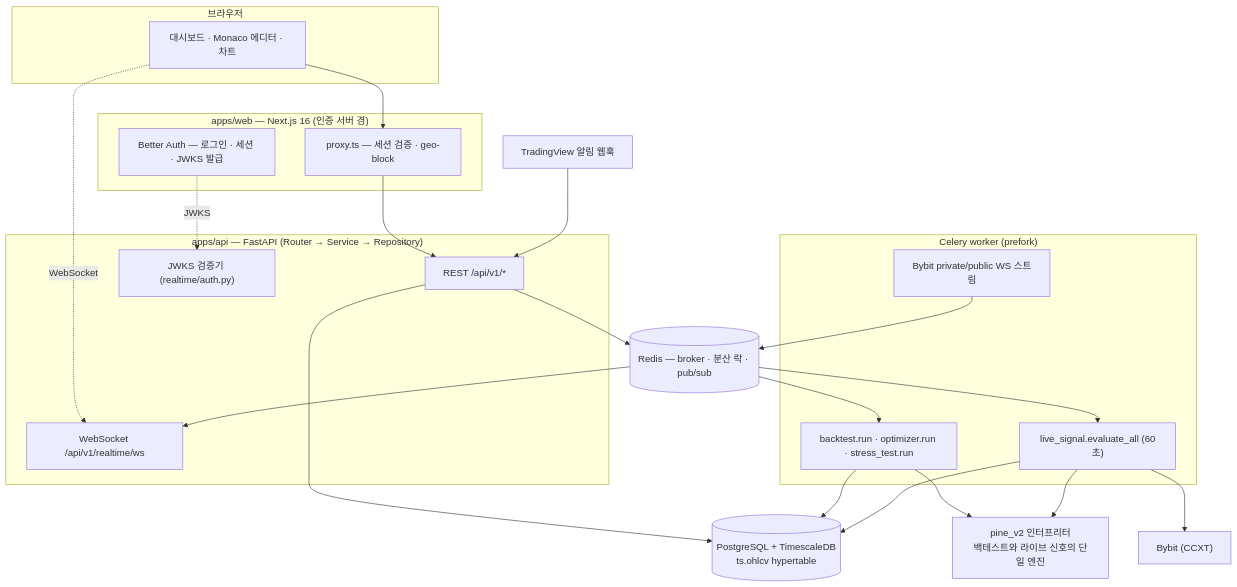
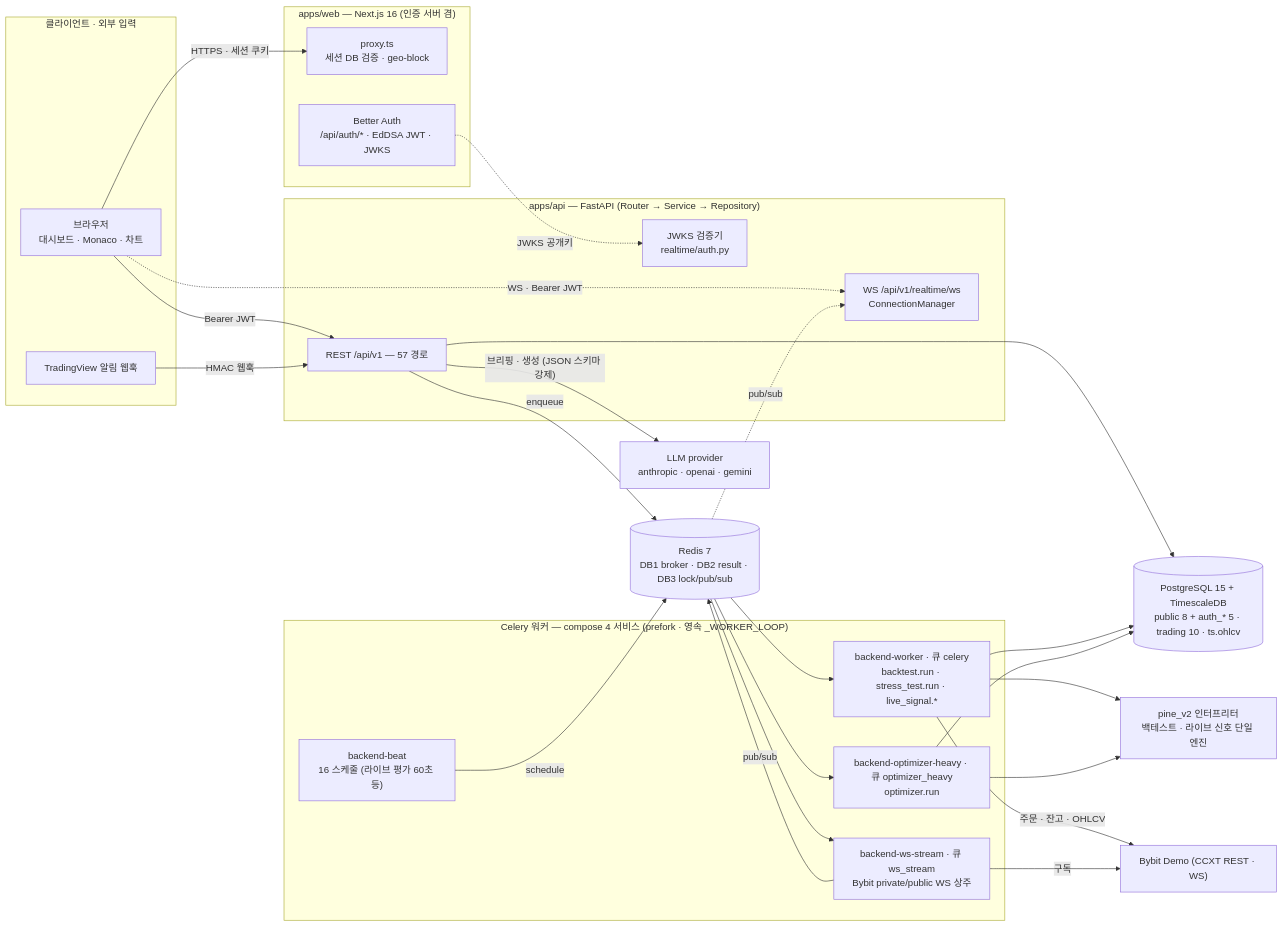
Before and after one commit to woosung-dev/quantbridge: the first of 2 diagrams in README.md, drawn with Mermaid. The commit also changed other lines of this file and 10 other files, not shown here.

First line of the commit message:
docs(architecture): re-survey runtime, data model, and repo structure from main

````diff
--- a/README.md
+++ b/README.md
@@ -80,46 +87,53 @@
 ```mermaid
-flowchart TB
-    subgraph Browser["브라우저"]
-        UI["대시보드 · Monaco 에디터 · 차트"]
+flowchart LR
+    subgraph Client["클라이언트 · 외부 입력"]
+        UI["브라우저<br/>대시보드 · Monaco · 차트"]
+        TV["TradingView 알림 웹훅"]
     end
 
     subgraph Web["apps/web — Next.js 16 (인증 서버 겸)"]
-        PROXY["proxy.ts — 세션 검증 · geo-block"]
-        BA["Better Auth — 로그인 · 세션 · JWKS 발급"]
+        PROXY["proxy.ts<br/>세션 DB 검증 · geo-block"]
+        BA["Better Auth<br/>/api/auth/* · EdDSA JWT · JWKS"]
     end
 
     subgraph Api["apps/api — FastAPI (Router → Service → Repository)"]
-        REST["REST /api/v1/*"]
-        JWTV["JWKS 검증기 (realtime/auth.py)"]
-        WSR["WebSocket /api/v1/realtime/ws"]
+        REST["REST /api/v1 — 57 경로"]
+        JWTV["JWKS 검증기<br/>realtime/auth.py"]
+        WSR["WS /api/v1/realtime/ws<br/>ConnectionManager"]
     end
 
-    subgraph Worker["Celery worker (prefork)"]
-        JOBS["backtest.run · optimizer.run · stress_test.run"]
-        LIVE["live_signal.evaluate_all (60초)"]
-        STREAM["Bybit private/public WS 스트림"]
+    subgraph Workers["Celery 워커 — compose 4 서비스 (prefork · 영속 _WORKER_LOOP)"]
+        W["backend-worker · 큐 celery<br/>backtest.run · stress_test.run · live_signal.*"]
+        H["backend-optimizer-heavy · 큐 optimizer_heavy<br/>optimizer.run"]
+        S["backend-ws-stream · 큐 ws_stream<br/>Bybit private/public WS 상주"]
+        B["backend-beat<br/>16 스케줄 (라이브 평가 60초 등)"]
     end
 
-    PINE["pine_v2 인터프리터<br/>백테스트와 라이브 신호의 단일 엔진"]
+    PINE["pine_v2 인터프리터<br/>백테스트 · 라이브 신호 단일 엔진"]
 
-    PG[("PostgreSQL + TimescaleDB<br/>ts.ohlcv hypertable")]
-    REDIS[("Redis — broker · 분산 락 · pub/sub")]
-    BYBIT["Bybit (CCXT)"]
-    TV["TradingView 알림 웹훅"]
+    PG[("PostgreSQL 15 + TimescaleDB<br/>public 8 + auth_* 5 · trading 10 · ts.ohlcv")]
+    REDIS[("Redis 7<br/>DB1 broker · DB2 result · DB3 lock/pub/sub")]
+    BYBIT["Bybit Demo (CCXT REST · WS)"]
+    LLM["LLM provider<br/>anthropic · openai · gemini"]
 
-    UI --> PROXY --> REST
-    UI -. WebSocket .-> WSR
-    BA -. JWKS .-> JWTV
-    TV --> REST
+    UI -- "HTTPS · 세션 쿠키" --> PROXY
+    UI -- "Bearer JWT" --> REST
+    UI -. "WS · Bearer JWT" .-> WSR
+    BA -. "JWKS 공개키" .-> JWTV
+    TV -- "HMAC 웹훅" --> REST
     REST --> PG
-    REST --> REDIS
-    REDIS --> JOBS
-    REDIS --> LIVE
-    JOBS --> PINE
-    LIVE --> PINE
-    JOBS --> PG
-    LIVE --> BYBIT
-    STREAM --> REDIS
-    REDIS --> WSR
-    LIVE --> PG
+    REST -- "enqueue" --> REDIS
+    REST -- "브리핑 · 생성 (JSON 스키마 강제)" --> LLM
+    B -- "schedule" --> REDIS
+    REDIS --> W
+    REDIS --> H
+    REDIS --> S
+    W --> PINE
+    H --> PINE
+    W --> PG
+    H --> PG
+    W -- "주문 · 잔고 · OHLCV" --> BYBIT
+    S -- "구독" --> BYBIT
+    S -- "pub/sub" --> REDIS
+    REDIS -. "pub/sub" .-> WSR
 ```
````
